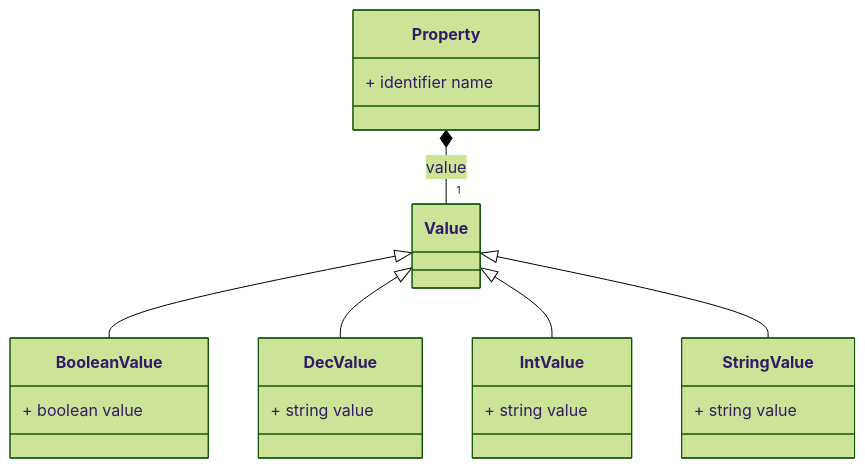
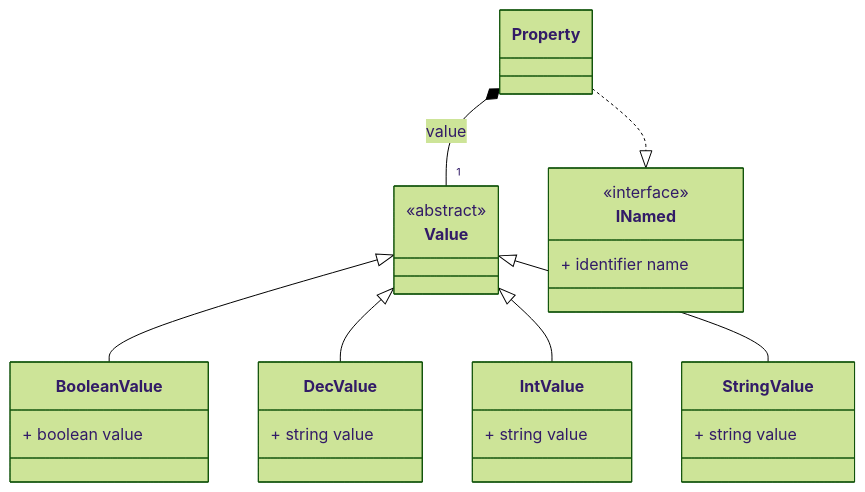
Before and after one commit to LionWeb-io/mps-meetup-2023: the diagram in freon/src/picode/diagrams/gen/complete-view.md, drawn with Mermaid. The commit also changed other lines of this file and 52 other files, not shown here.

````diff
--- a/freon/src/picode/diagrams/gen/complete-view.md
+++ b/freon/src/picode/diagrams/gen/complete-view.md
@@ -2,40 +2,44 @@
 ```mermaid
     %%{init: {'theme': 'forest'} }%%
     classDiagram
     direction TD
     %% other possibilites: LR RL DT TB (same as TD)
     class Property {
         
-        + identifier name
+        
     }
     class Value {
-        
+        <<abstract>>
         
     }
     class BooleanValue {
         
         + boolean value
     }
     class DecValue {
         
         + string value
     }
     class IntValue {
         
         + string value
     }
     class StringValue {
         
         + string value
     }
-
+    class INamed {
+        <<interface>>
+        + identifier name
+    }
     Value <|-- BooleanValue
 Value <|-- DecValue
 Value <|-- IntValue
 Value <|-- StringValue
 
         Property *-- "1" Value : value
 
         
-        
+        Property ..|> INamed
+
 ```
````
